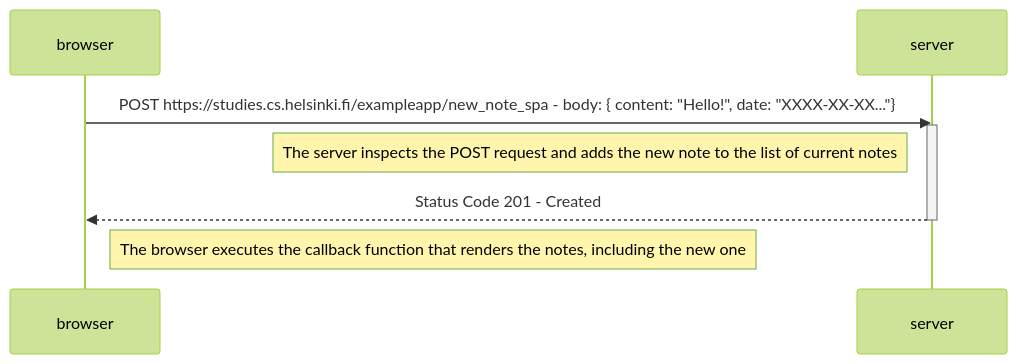
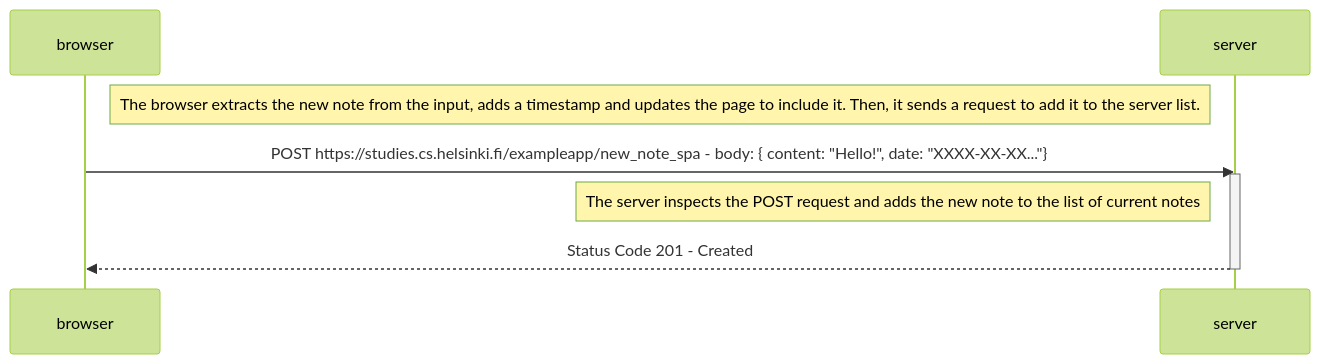
One commit to paternostrox/Helsinki-Exercices changed the diagram in 0-6/diagram.md. Above: the diagram before and after it, drawn with Mermaid (forest theme).

Commit message:
Exercise 0-6 updated

````diff
--- a/0-6/diagram.md
+++ b/0-6/diagram.md
@@ -1,13 +1,12 @@
 ```mermaid
     sequenceDiagram
         participant browser
         participant server
 
+        Note right of browser: The browser extracts the new note from the input, adds a timestamp and updates the page to include it. Then, it sends a request to add it to the server list.
         browser->>server: POST https://studies.cs.helsinki.fi/exampleapp/new_note_spa - body: { content: "Hello!", date: "XXXX-XX-XX..."} 
         activate server
         Note left of server: The server inspects the POST request and adds the new note to the list of current notes
         server-->>browser: Status Code 201 - Created
         deactivate server
-
-        Note right of browser: The browser executes the callback function that renders the notes, including the new one
 ```
````
